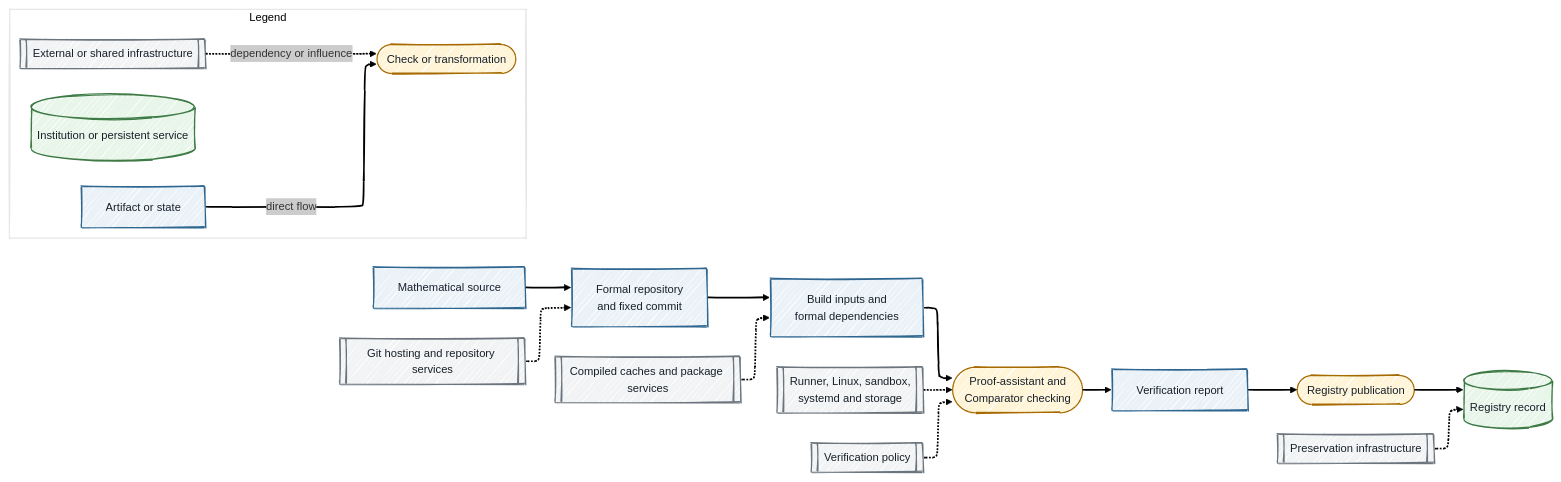
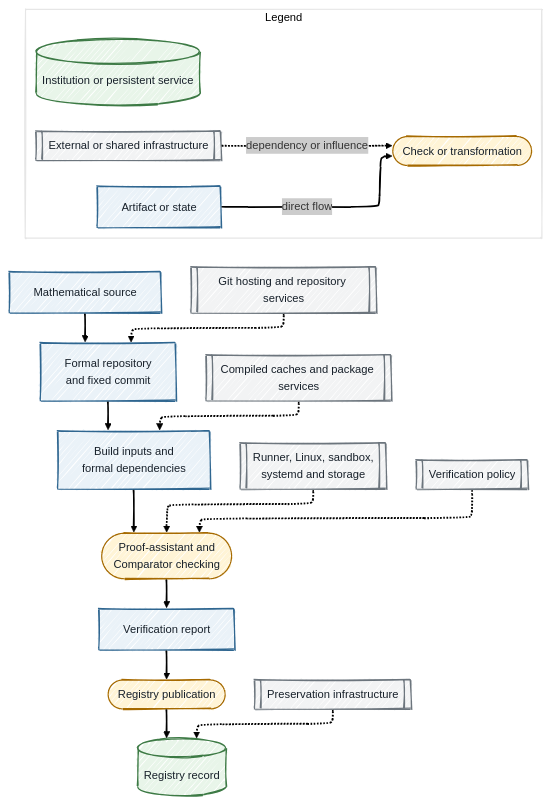
One commit to antomon/antomon.github.io changed the ninth of 11 diagrams in posts/after-proof-abundance-palomar-and-the-new-infrastructure-of-mathematical-trust/index.qmd. Above: the diagram before and after it, drawn with Mermaid. The commit also changed other lines of this file and 94 other files, not shown here.

````diff
--- a/posts/after-proof-abundance-palomar-and-the-new-infrastructure-of-mathematical-trust/index.qmd
+++ b/posts/after-proof-abundance-palomar-and-the-new-infrastructure-of-mathematical-trust/index.qmd
@@ -632,31 +666,35 @@
 ```{mermaid}
 %%| label: fig-after-proof-abundance-palomar-and-the-new-infrastructure-of-mathematical-trust-supply-chain
 %%| fig-cap: 'A registered mathematical artifact depends on a chain of formal, operational, archival, and institutional infrastructure.'
 %%| fig-alt: 'A mathematical source becomes a formal repository, which depends on libraries and build inputs, then passes through proof-assistant checking, export and comparison, sandboxed runner execution, verification reporting, registry storage, and public records. Git hosting, compiled caches, operating systems, policies, and preservation services enter as external dependencies at different stages. A legend identifies diagram conventions.'
 %%| fig-align: center
 %%{init: {"theme": "neo", "look": "handDrawn", "layout": "elk"}}%%
-flowchart LR
+flowchart TD
     MS[Mathematical source]:::artifact --> FR[Formal repository<br/>and fixed commit]:::artifact
     FR --> BI[Build inputs and<br/>formal dependencies]:::artifact
     BI --> VC([Proof-assistant and<br/>Comparator checking]):::process
     VC --> VR[Verification report]:::artifact
     VR --> RP([Registry publication]):::process
     RP --> REG[(Registry record)]:::institution
 
     GH[[Git hosting and repository services]]:::external -.-> FR
     CA[[Compiled caches and package services]]:::external -.-> BI
     OS[[Runner, Linux, sandbox,<br/>systemd and storage]]:::external -.-> VC
     POL[[Verification policy]]:::external -.-> VC
     ARC[[Preservation infrastructure]]:::external -.-> REG
 
     subgraph LEG[Legend]
+        direction LR
+
         LA[Artifact or state]:::artifact -->|direct flow| LP([Check or transformation]):::process
         LI[(Institution or persistent service)]:::institution
         LX[[External or shared infrastructure]]:::external -.->|dependency or influence| LP
     end
+
+    LEG ~~~ GH
 
     classDef artifact fill:#EAF2F8,stroke:#2F6690,color:#17202A,stroke-width:1.5px
     classDef process fill:#FFF4D6,stroke:#A66A00,color:#17202A,stroke-width:1.5px
     classDef institution fill:#E8F5E9,stroke:#3D7A45,color:#17202A,stroke-width:1.5px
     classDef external fill:#F2F3F4,stroke:#6C757D,color:#17202A,stroke-width:1.5px
 ```
````
